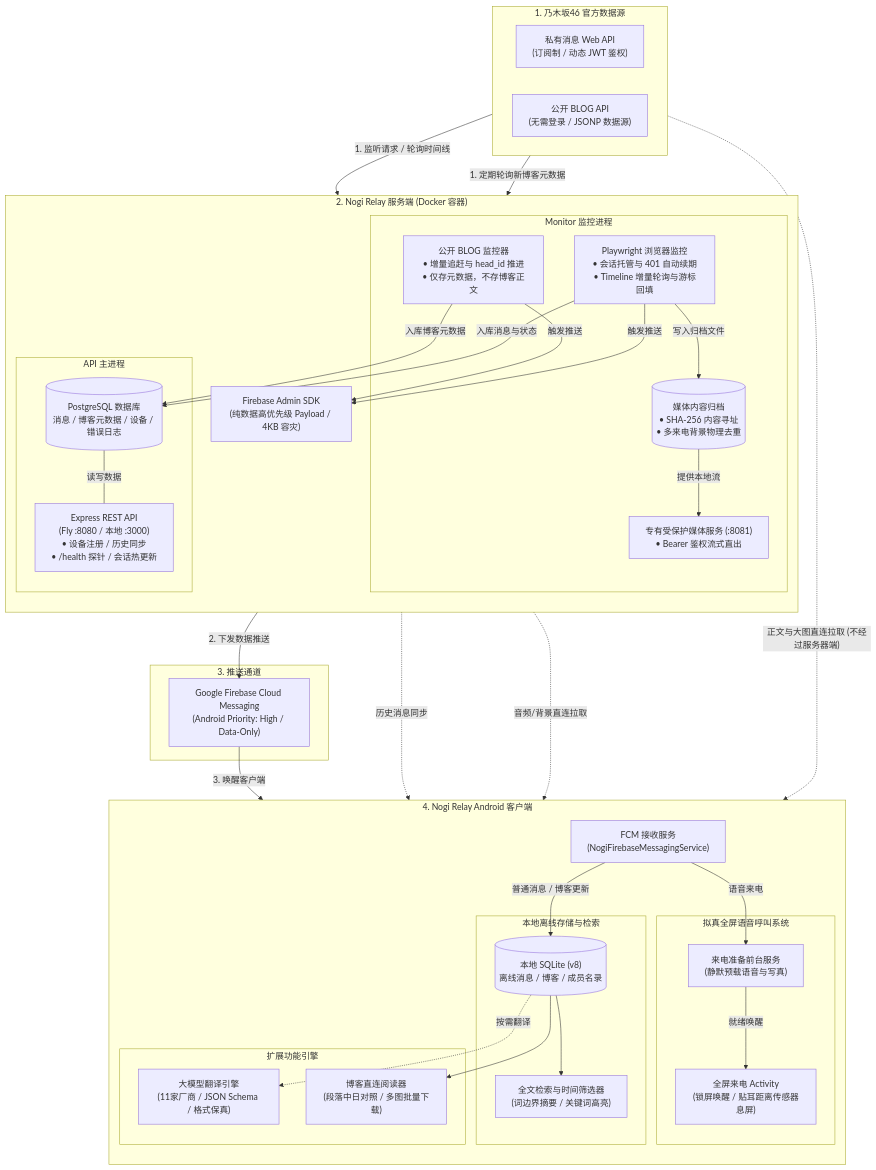
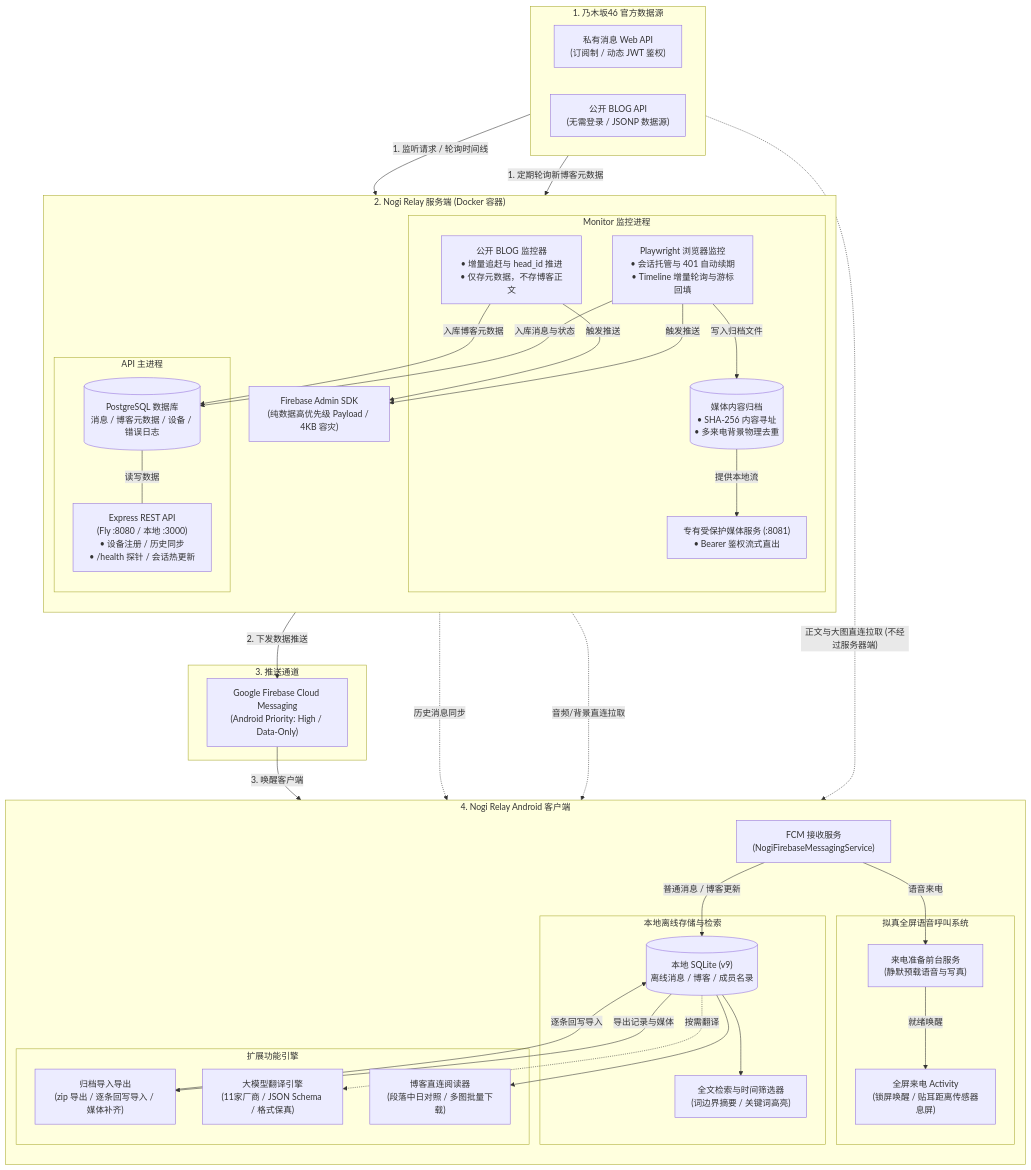
One commit to jishin-namazu/Nogizaka46-Relay changed the first of 4 diagrams in DEVELOPMENT.md. Above: the diagram before and after it, drawn with Mermaid. The commit also changed other lines of this file and 81 other files, not shown here.

````diff
--- a/DEVELOPMENT.md
+++ b/DEVELOPMENT.md
@@ -51,77 +52,80 @@
 ```mermaid
 flowchart TD
     subgraph Sources["1. 乃木坂46 官方数据源"]
         direction LR
         NogiMsg["私有消息 Web API<br/>(订阅制 / 动态 JWT 鉴权)"]
         NogiBlog["公开 BLOG API<br/>(无需登录 / JSONP 数据源)"]
     end
 
     subgraph RelayServer["2. Nogi Relay 服务端 (Docker 容器)"]
         direction TB
         subgraph MonitorProc["Monitor 监控进程"]
             Browser["Playwright 浏览器监控<br/>• 会话托管与 401 自动续期<br/>• Timeline 增量轮询与游标回填"]
             BlogMon["公开 BLOG 监控器<br/>• 增量追赶与 head_id 推进<br/>• 仅存元数据，不存博客正文"]
             MediaStore[("媒体内容归档<br/>• SHA-256 内容寻址<br/>• 多来电背景物理去重")]
             MediaSrv["专有受保护媒体服务 (:8081)<br/>• Bearer 鉴权流式直出"]
         end
 
         subgraph ApiProc["API 主进程"]
             RESTAPI["Express REST API<br/>(Fly :8080 / 本地 :3000)<br/>• 设备注册 / 历史同步<br/>• /health 探针 / 会话热更新"]
             DB[(PostgreSQL 数据库<br/>消息 / 博客元数据 / 设备 / 错误日志)]
         end
 
         FCMService["Firebase Admin SDK<br/>(纯数据高优先级 Payload / 4KB 容灾)"]
 
         Browser -->|"写入归档文件"| MediaStore
         MediaStore -->|"提供本地流"| MediaSrv
         Browser -->|"入库消息与状态"| DB
         BlogMon -->|"入库博客元数据"| DB
         DB ---|"读写数据"| RESTAPI
         Browser -->|"触发推送"| FCMService
         BlogMon -->|"触发推送"| FCMService
     end
 
     subgraph PushNetwork["3. 推送通道"]
         FCM["Google Firebase Cloud Messaging<br/>(Android Priority: High / Data-Only)"]
     end
 
     subgraph AndroidClient["4. Nogi Relay Android 客户端"]
         direction TB
         FCMReceiver["FCM 接收服务<br/>(NogiFirebaseMessagingService)"]
 
         subgraph InCallSys["拟真全屏语音呼叫系统"]
             PrepService["来电准备前台服务<br/>(静默预载语音与写真)"]
             CallActivity["全屏来电 Activity<br/>(锁屏唤醒 / 贴耳距离传感器息屏)"]
         end
 
         subgraph StorageSearch["本地离线存储与检索"]
-            LocalDB[("本地 SQLite (v8)<br/>离线消息 / 博客 / 成员名录")]
+            LocalDB[("本地 SQLite (v9)<br/>离线消息 / 博客 / 成员名录")]
             SearchEngine["全文检索与时间筛选器<br/>(词边界摘要 / 关键词高亮)"]
         end
 
         subgraph ExtEngines["扩展功能引擎"]
             BlogUI["博客直连阅读器<br/>(段落中日对照 / 多图批量下载)"]
             AITrans["大模型翻译引擎<br/>(11家厂商 / JSON Schema / 格式保真)"]
+            Archive["归档导入导出<br/>(zip 导出 / 逐条回写导入 / 媒体补齐)"]
         end
 
         FCMReceiver -->|"语音来电"| PrepService
         PrepService -->|"就绪唤醒"| CallActivity
         FCMReceiver -->|"普通消息 / 博客更新"| LocalDB
         LocalDB --> SearchEngine
         LocalDB --> BlogUI
         LocalDB -.->|"按需翻译"| AITrans
+        LocalDB -->|"导出记录与媒体"| Archive
+        Archive -->|"逐条回写导入"| LocalDB
     end
 
     %% 主干链路 (从上至下平滑推进，避免交叉重叠)
     NogiMsg -->|"1. 监听请求 / 轮询时间线"| Browser
     NogiBlog -->|"1. 定期轮询新博客元数据"| BlogMon
     FCMService -->|"2. 下发数据推送"| FCM
     FCM -->|"3. 唤醒客户端"| FCMReceiver
 
     %% 客户端与服务端的补充同步链路 (从上层下发至客户端，顺向连接)
     RESTAPI -.->|"历史消息同步"| LocalDB
     MediaSrv -.->|"音频/背景直连拉取"| PrepService
 
     %% 客户端直连官网 (外侧顺向连接)
     NogiBlog -.->|"正文与大图直连拉取 (不经过服务器端)"| BlogUI
 ```
````
